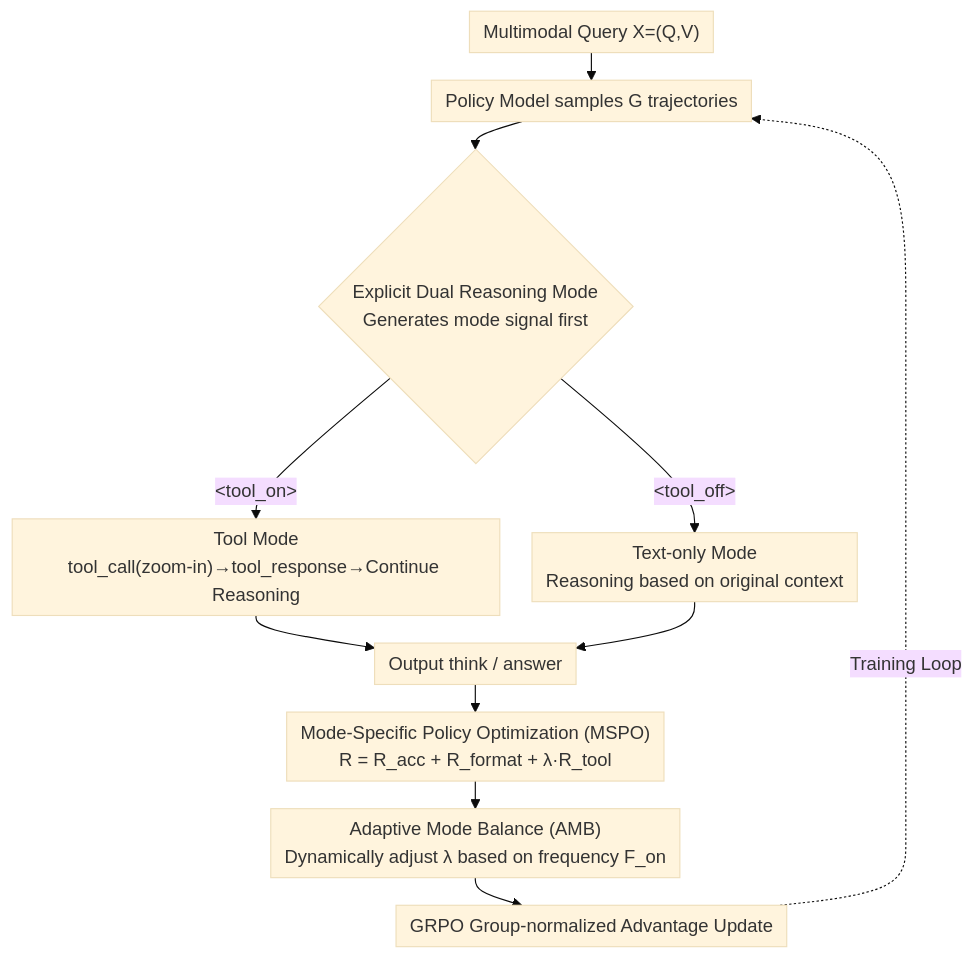
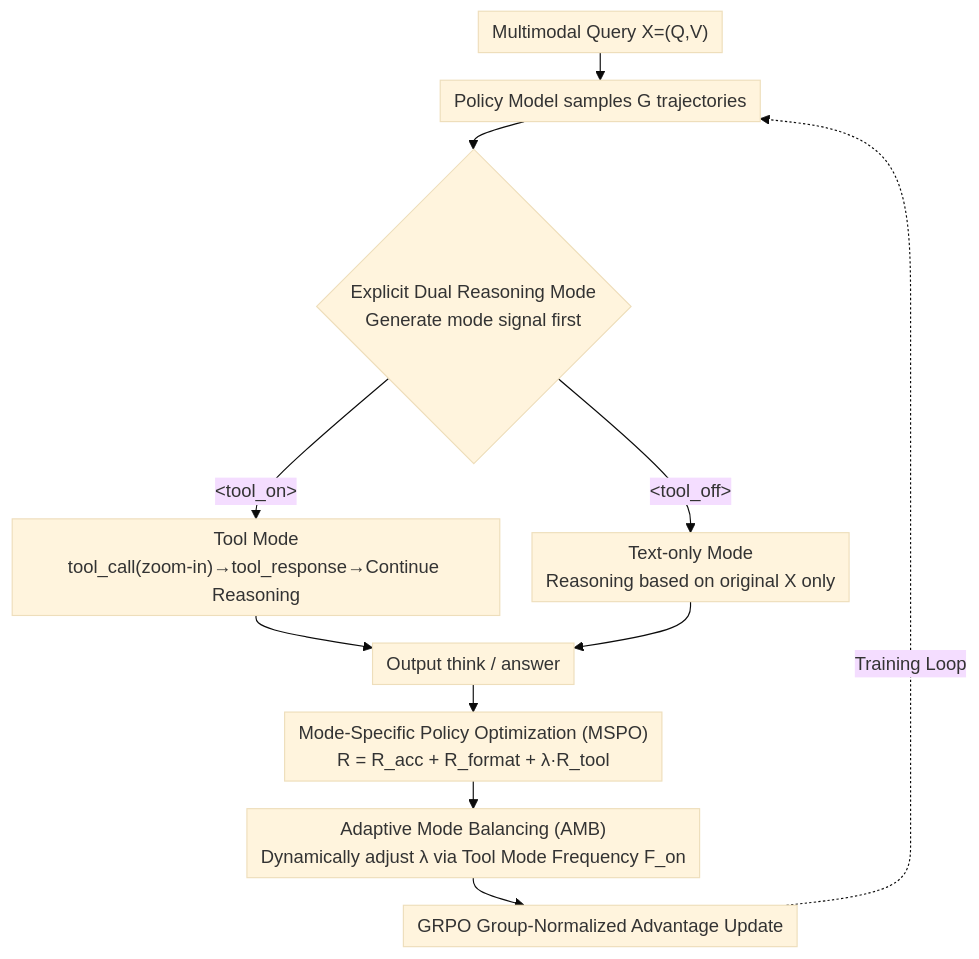
Before and after one commit to zhaoyang97/Paper-Notes-en: the diagram in docs/ICML2026/llm_reasoning/are_tools_always_beneficial_learning_to_invoke_tools_adaptively_for_dual-mode_mu.md, drawn with Mermaid (base theme). The commit also changed other lines of this file and 5084 other files, not shown here.

````diff
--- a/docs/ICML2026/llm_reasoning/are_tools_always_beneficial_learning_to_invoke_tools_adaptively_for_dual-mode_mu.md
+++ b/docs/ICML2026/llm_reasoning/are_tools_always_beneficial_learning_to_invoke_tools_adaptively_for_dual-mode_mu.md
@@ -42,14 +42,14 @@
 ```mermaid
 %%{init: {'flowchart': {'rankSpacing': 24, 'nodeSpacing': 28, 'padding': 6, 'wrappingWidth': 400}}}%%
 flowchart TD
     X["Multimodal Query X=(Q,V)"] --> POL["Policy Model samples G trajectories"]
-    POL --> MODE{"Explicit Dual Reasoning Mode<br/>Generates mode signal first"}
+    POL --> MODE{"Explicit Dual Reasoning Mode<br/>Generate mode signal first"}
     MODE -->|"&lt;tool_on&gt;"| ON["Tool Mode<br/>tool_call(zoom-in)→tool_response→Continue Reasoning"]
-    MODE -->|"&lt;tool_off&gt;"| OFF["Text-only Mode<br/>Reasoning based on original context"]
+    MODE -->|"&lt;tool_off&gt;"| OFF["Text-only Mode<br/>Reasoning based on original X only"]
     ON --> ANS["Output think / answer"]
     OFF --> ANS
     ANS --> MSPO["Mode-Specific Policy Optimization (MSPO)<br/>R = R_acc + R_format + λ·R_tool"]
-    MSPO --> AMB["Adaptive Mode Balance (AMB)<br/>Dynamically adjust λ based on frequency F_on"]
-    AMB --> GRPO["GRPO Group-normalized Advantage Update"]
+    MSPO --> AMB["Adaptive Mode Balancing (AMB)<br/>Dynamically adjust λ via Tool Mode Frequency F_on"]
+    AMB --> GRPO["GRPO Group-Normalized Advantage Update"]
     GRPO -.Training Loop.-> POL
 ```
````
